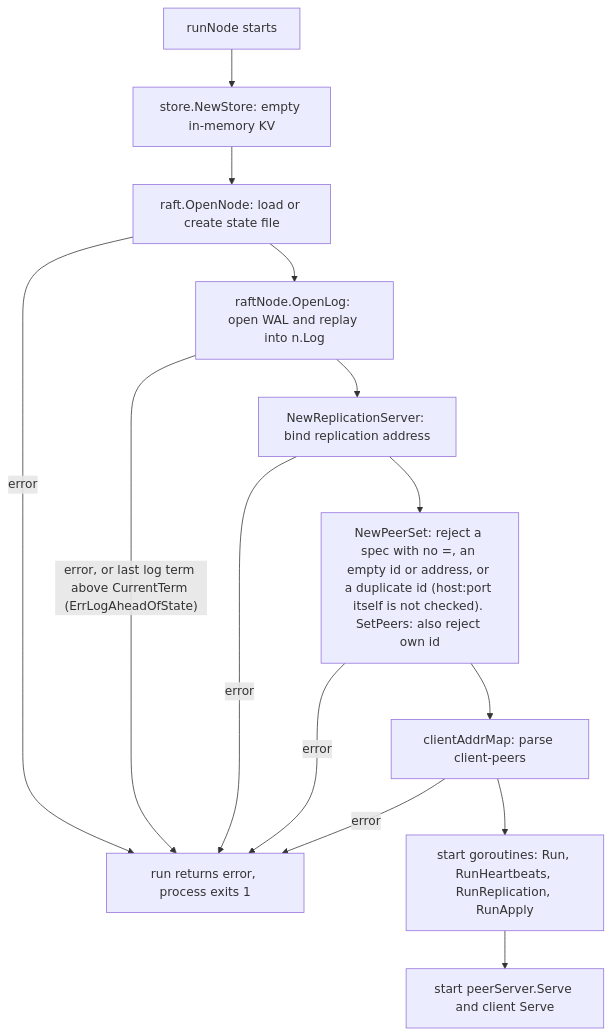
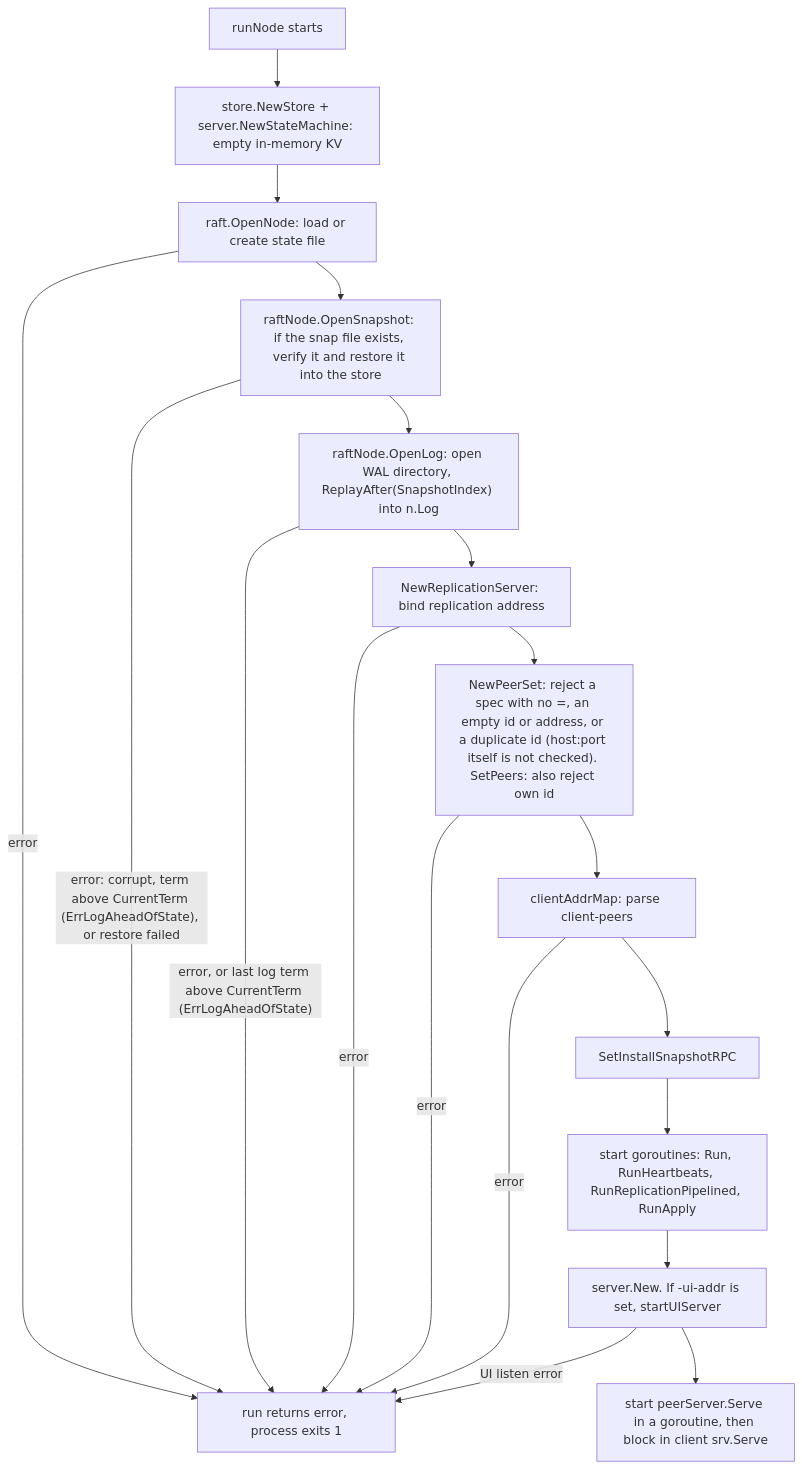
One commit to Tarun-Elango/hobbyDB changed the first of 11 diagrams in flow/3. node-startup-persisted-state.md. Above: the diagram before and after it, drawn with Mermaid. The commit also changed other lines of this file and 8 other files, not shown here.

Commit message:
udpating results and state diagrams

````diff
--- a/flow/3. node-startup-persisted-state.md
+++ b/flow/3. node-startup-persisted-state.md
@@ -16,16 +19,21 @@
 ```mermaid
 flowchart TD
-    A["runNode starts"] --> B["store.NewStore: empty in-memory KV"]
+    A["runNode starts"] --> B["store.NewStore + server.NewStateMachine: empty in-memory KV"]
     B --> C["raft.OpenNode: load or create state file"]
     C -->|error| FAIL["run returns error, process exits 1"]
-    C --> D["raftNode.OpenLog: open WAL and replay into n.Log"]
+    C --> S["raftNode.OpenSnapshot: if the snap file exists, verify it and restore it into the store"]
+    S -->|"error: corrupt, term above CurrentTerm (ErrLogAheadOfState), or restore failed"| FAIL
+    S --> D["raftNode.OpenLog: open WAL directory, ReplayAfter(SnapshotIndex) into n.Log"]
     D -->|"error, or last log term above CurrentTerm (ErrLogAheadOfState)"| FAIL
     D --> E["NewReplicationServer: bind replication address"]
     E -->|error| FAIL
     E --> F["NewPeerSet: reject a spec with no =, an empty id or address, or a duplicate id (host:port itself is not checked). SetPeers: also reject own id"]
     F -->|error| FAIL
     F --> G["clientAddrMap: parse client-peers"]
     G -->|error| FAIL
-    G --> H["start goroutines: Run, RunHeartbeats, RunReplication, RunApply"]
-    H --> I["start peerServer.Serve and client Serve"]
+    G --> G2["SetInstallSnapshotRPC"]
+    G2 --> H["start goroutines: Run, RunHeartbeats, RunReplicationPipelined, RunApply"]
+    H --> H2["server.New. If -ui-addr is set, startUIServer"]
+    H2 -->|"UI listen error"| FAIL
+    H2 --> I["start peerServer.Serve in a goroutine, then block in client srv.Serve"]
 ```
````
